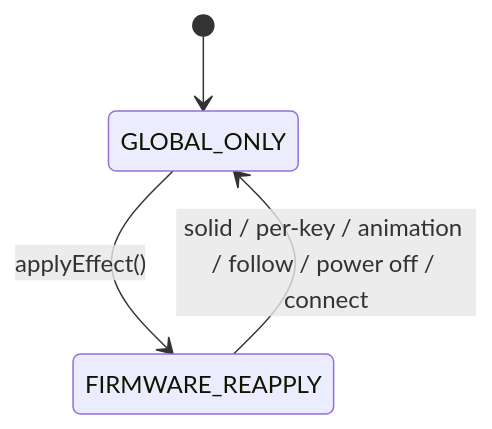
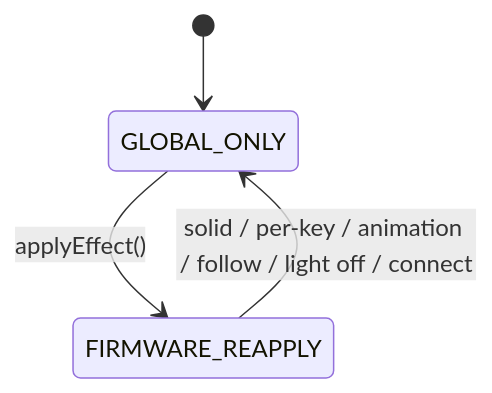
One commit to jillesmc/avell-storm-rgb-control changed the fourth of 7 diagrams in docs/FLOWS.md. Above: the diagram before and after it, drawn with Mermaid. The commit also changed other lines of this file and 18 other files, not shown here.

````diff
--- a/docs/FLOWS.md
+++ b/docs/FLOWS.md
@@ -95,6 +98,6 @@
 ```mermaid
 stateDiagram-v2
     [*] --> GLOBAL_ONLY
     GLOBAL_ONLY --> FIRMWARE_REAPPLY: applyEffect()
-    FIRMWARE_REAPPLY --> GLOBAL_ONLY: solid / per-key / animation / follow / power off / connect
+    FIRMWARE_REAPPLY --> GLOBAL_ONLY: solid / per-key / animation / follow / light off / connect
 ```
````
